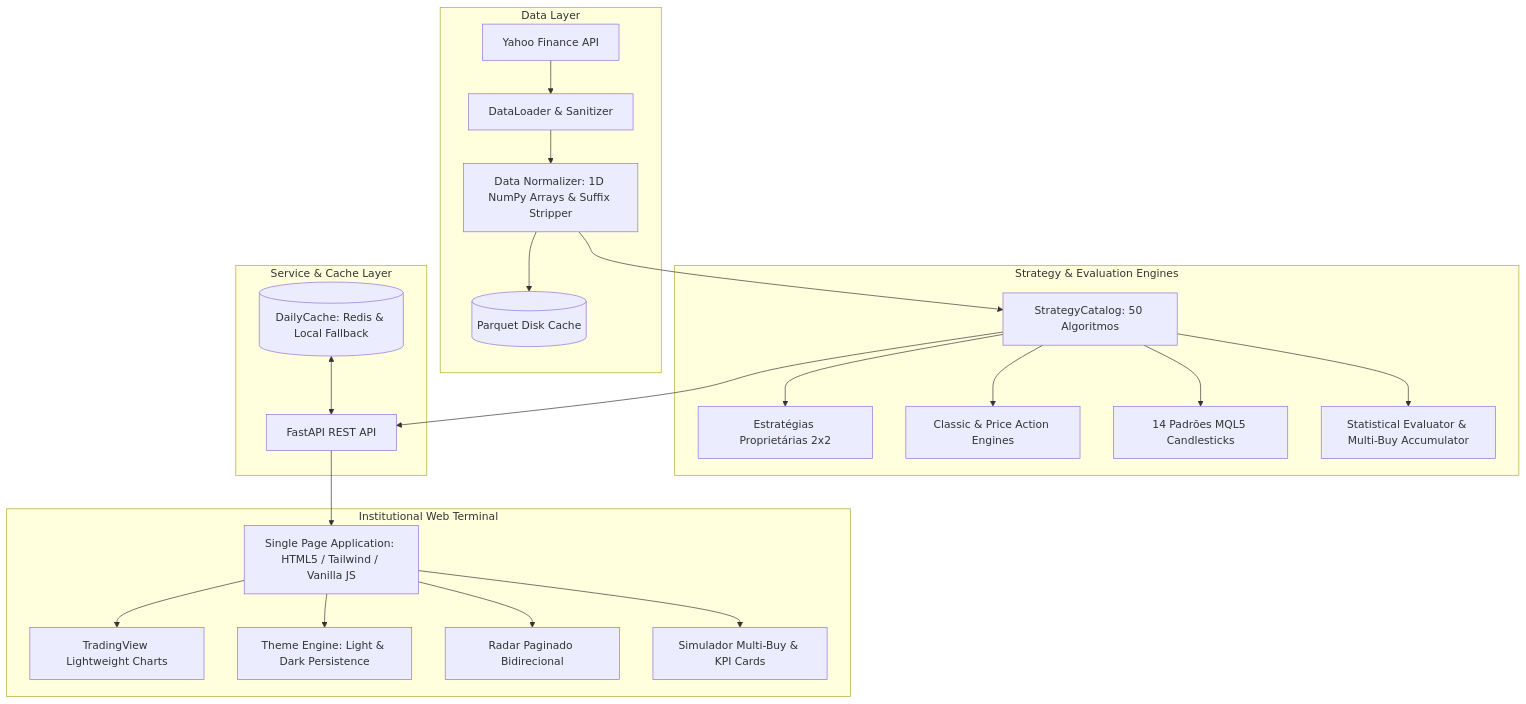
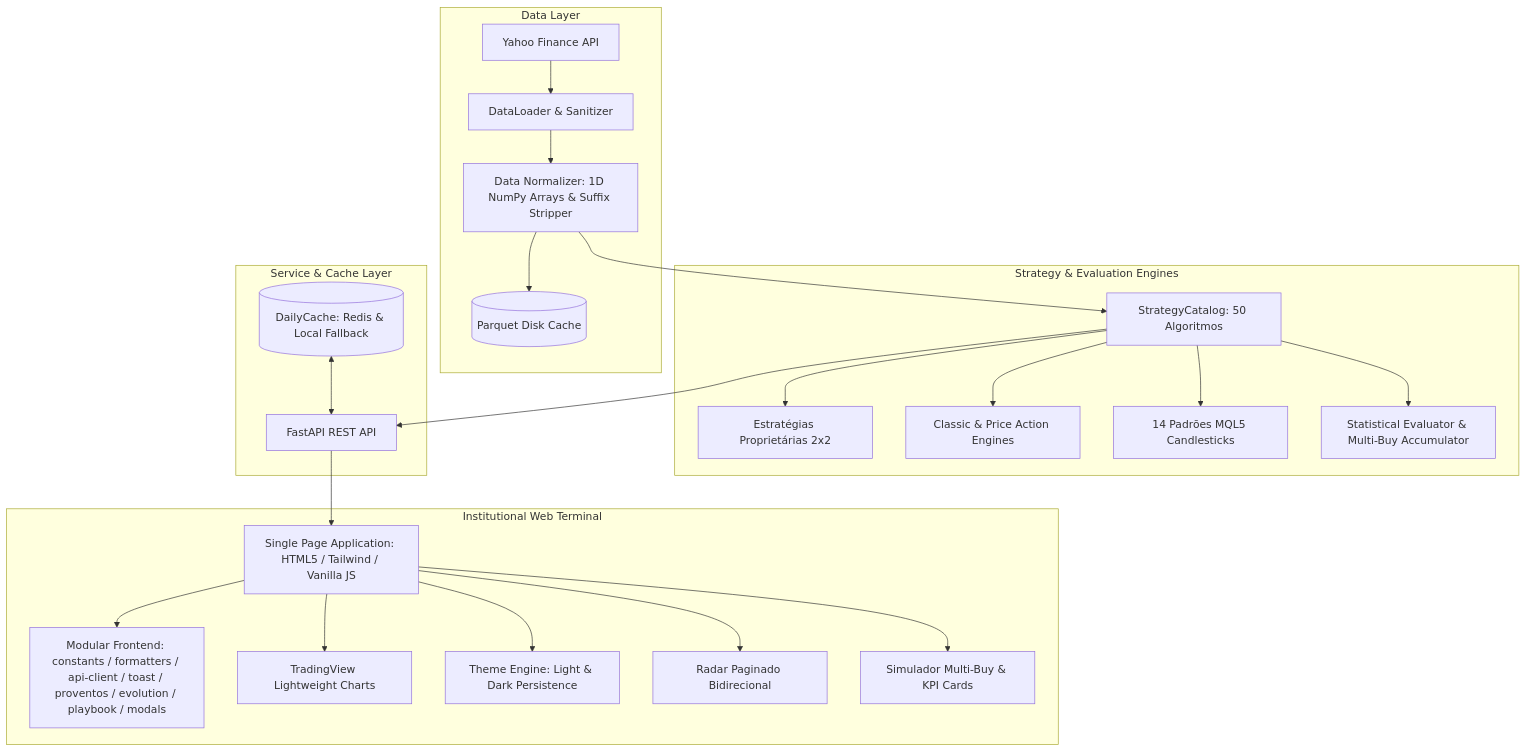
One commit to Silasmelo12/market-opportunity-engine changed the diagram in README.md. Above: the diagram before and after it, drawn with Mermaid. The commit also changed other lines of this file and 2 other files, not shown here.

````diff
--- a/README.md
+++ b/README.md
@@ -109,29 +109,30 @@
 ```mermaid
 flowchart TD
     subgraph Data Layer [Data Layer]
         YF[Yahoo Finance API] --> Loader[DataLoader & Sanitizer]
         Loader --> Normalizer[Data Normalizer: 1D NumPy Arrays & Suffix Stripper]
         Normalizer --> ParquetCache[(Parquet Disk Cache)]
     end
 
     subgraph Quantitative Core [Strategy & Evaluation Engines]
         Normalizer --> Catalog[StrategyCatalog: 50 Algoritmos]
         Catalog --> PropEngines[Estratégias Proprietárias 2x2]
         Catalog --> ClassicEngines[Classic & Price Action Engines]
         Catalog --> MQL5Engines[14 Padrões MQL5 Candlesticks]
         Catalog --> StatEval[Statistical Evaluator & Multi-Buy Accumulator]
     end
 
     subgraph Service & Cache Layer [Service & Cache Layer]
         Catalog --> FastAPIServer[FastAPI REST API]
         DailyCache[(DailyCache: Redis & Local Fallback)] <--> FastAPIServer
     end
 
     subgraph Presentation Layer [Institutional Web Terminal]
         FastAPIServer --> WebSPA[Single Page Application: HTML5 / Tailwind / Vanilla JS]
+        WebSPA --> Modules[Modular Frontend: constants / formatters / api-client / toast / proventos / evolution / playbook / modals]
         WebSPA --> TVChart[TradingView Lightweight Charts]
         WebSPA --> ThemeEngine[Theme Engine: Light & Dark Persistence]
         WebSPA --> RadarUI[Radar Paginado Bidirecional]
         WebSPA --> SimUI[Simulador Multi-Buy & KPI Cards]
     end
 ```
````
